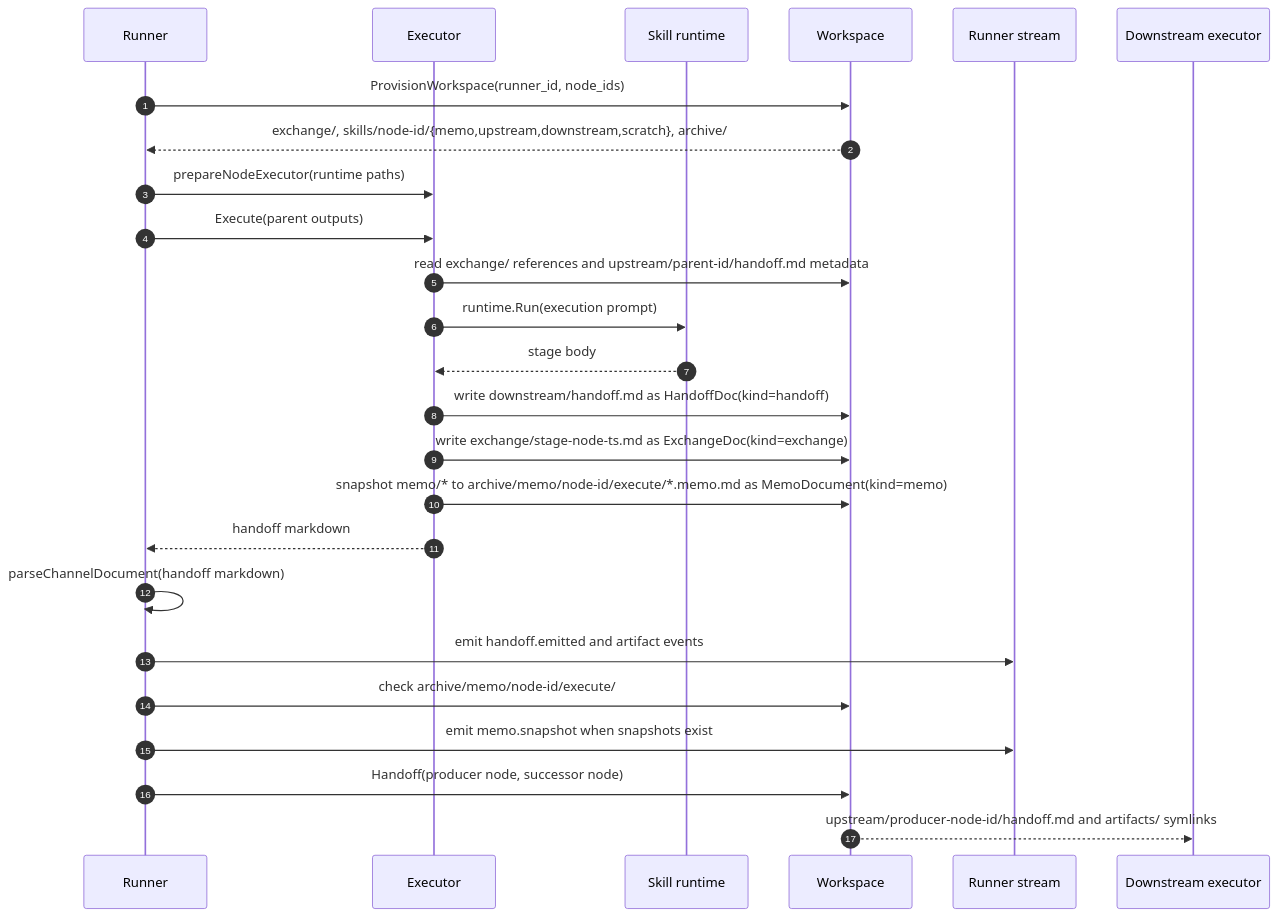
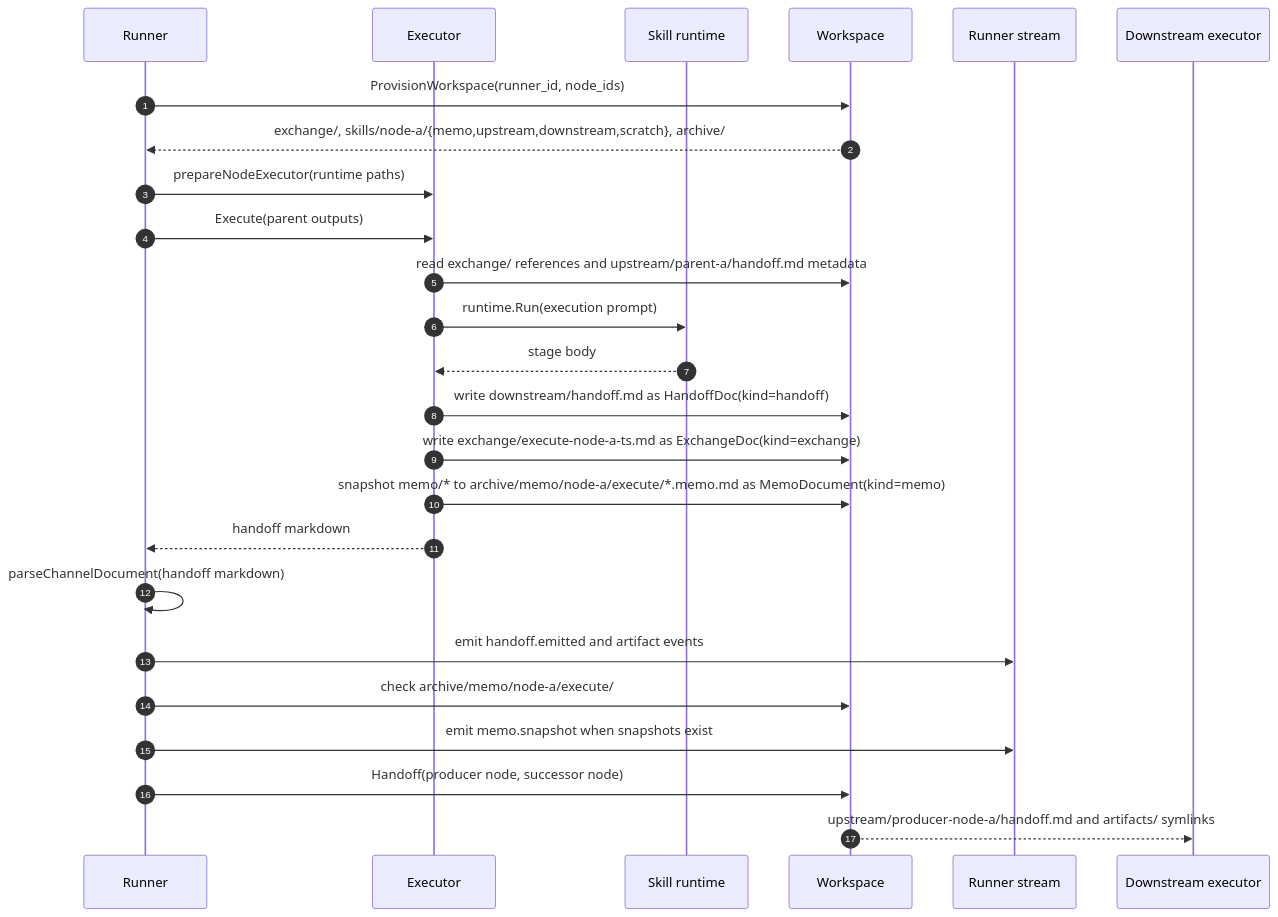
One commit to TsumiNa/dango changed the first of 2 diagrams in architecture/data-plane.md. Above: the diagram before and after it, drawn with Mermaid. The commit also changed other lines of this file, not shown here.

Commit message:
Refine sequence diagram readability
Agent-Logs-Url: https://github.com/TsumiNa/dango/sessions/7147883c-dc09-4c94-a3a9-a23a80cc42f7

````diff
--- a/architecture/data-plane.md
+++ b/architecture/data-plane.md
@@ -69,28 +69,28 @@
 ```mermaid
 sequenceDiagram
-    autonumber
-    participant Ru as Runner
-    participant Ex as Executor
-    participant Sk as Skill runtime
-    participant WS as Workspace
-    participant St as Runner stream
-    participant Nx as Downstream executor
+autonumber
+participant Ru as Runner
+participant Ex as Executor
+participant Sk as Skill runtime
+participant WS as Workspace
+participant St as Runner stream
+participant Nx as Downstream executor
 
-    Ru->>WS: ProvisionWorkspace(runner_id, node_ids)
-    WS-->>Ru: exchange/, skills/node-id/{memo,upstream,downstream,scratch}, archive/
-    Ru->>Ex: prepareNodeExecutor(runtime paths)
-    Ru->>Ex: Execute(parent outputs)
-    Ex->>WS: read exchange/ references and upstream/parent-id/handoff.md metadata
-    Ex->>Sk: runtime.Run(execution prompt)
-    Sk-->>Ex: stage body
-    Ex->>WS: write downstream/handoff.md as HandoffDoc(kind=handoff)
-    Ex->>WS: write exchange/stage-node-ts.md as ExchangeDoc(kind=exchange)
-    Ex->>WS: snapshot memo/* to archive/memo/node-id/execute/*.memo.md as MemoDocument(kind=memo)
-    Ex-->>Ru: handoff markdown
-    Ru->>Ru: parseChannelDocument(handoff markdown)
-    Ru->>St: emit handoff.emitted and artifact events
-    Ru->>WS: check archive/memo/node-id/execute/
-    Ru->>St: emit memo.snapshot when snapshots exist
-    Ru->>WS: Handoff(producer node, successor node)
-    WS-->>Nx: upstream/producer-node-id/handoff.md and artifacts/ symlinks
+Ru->>WS: ProvisionWorkspace(runner_id, node_ids)
+WS-->>Ru: exchange/, skills/node-a/{memo,upstream,downstream,scratch}, archive/
+Ru->>Ex: prepareNodeExecutor(runtime paths)
+Ru->>Ex: Execute(parent outputs)
+Ex->>WS: read exchange/ references and upstream/parent-a/handoff.md metadata
+Ex->>Sk: runtime.Run(execution prompt)
+Sk-->>Ex: stage body
+Ex->>WS: write downstream/handoff.md as HandoffDoc(kind=handoff)
+Ex->>WS: write exchange/execute-node-a-ts.md as ExchangeDoc(kind=exchange)
+Ex->>WS: snapshot memo/* to archive/memo/node-a/execute/*.memo.md as MemoDocument(kind=memo)
+Ex-->>Ru: handoff markdown
+Ru->>Ru: parseChannelDocument(handoff markdown)
+Ru->>St: emit handoff.emitted and artifact events
+Ru->>WS: check archive/memo/node-a/execute/
+Ru->>St: emit memo.snapshot when snapshots exist
+Ru->>WS: Handoff(producer node, successor node)
+WS-->>Nx: upstream/producer-node-a/handoff.md and artifacts/ symlinks
 ```
````
